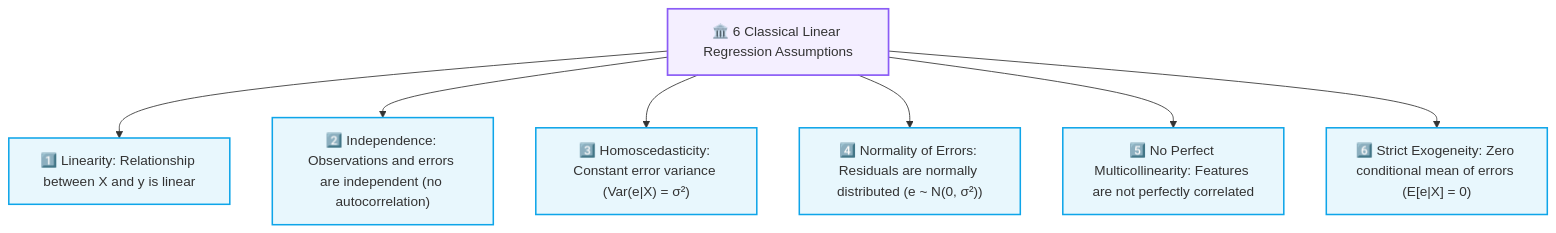
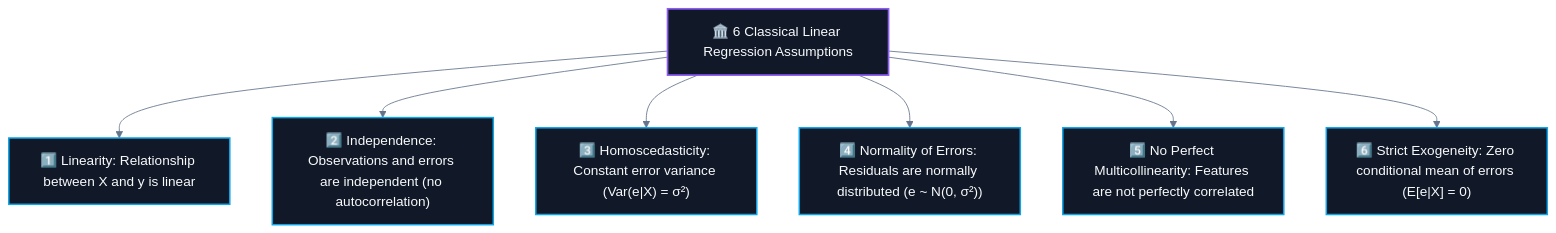
Before and after one commit to abhinavbharti2345/CS_Notes: the third of 3 diagrams in CS/AI & ML/01. Classical ML/06. Linear Regression Assumptions.md, drawn with Mermaid. The commit also changed other lines of this file and 195 other files, not shown here.

````diff
--- a/CS/AI & ML/01. Classical ML/06. Linear Regression Assumptions.md
+++ b/CS/AI & ML/01. Classical ML/06. Linear Regression Assumptions.md
@@ -289,17 +291,18 @@
 ```mermaid
+%%{init: {'theme': 'base', 'themeVariables': { 'darkMode': true, 'background': '#0B0F14', 'mainBkg': '#111827', 'primaryColor': '#111827', 'primaryTextColor': '#F8FAFC', 'primaryBorderColor': '#38BDF8', 'lineColor': '#64748B', 'secondaryColor': '#0B0F14', 'tertiaryColor': '#0B0F14', 'clusterBkg': '#0B0F14', 'clusterBorder': '#38BDF8' }}}%%
 flowchart TD
     Assump["🏛️ 6 Classical Linear Regression Assumptions"]
     
     Assump --> A1["1️⃣ Linearity: Relationship between X and y is linear"]
     Assump --> A2["2️⃣ Independence: Observations and errors are independent (no autocorrelation)"]
     Assump --> A3["3️⃣ Homoscedasticity: Constant error variance (Var(e|X) = σ²)"]
     Assump --> A4["4️⃣ Normality of Errors: Residuals are normally distributed (e ~ N(0, σ²))"]
     Assump --> A5["5️⃣ No Perfect Multicollinearity: Features are not perfectly correlated"]
     Assump --> A6["6️⃣ Strict Exogeneity: Zero conditional mean of errors (E[e|X] = 0)"]
 
-    classDef root fill:#8b5cf618,stroke:#8b5cf6,stroke-width:2px;
-    classDef branch fill:#0ea5e918,stroke:#0ea5e9,stroke-width:1.8px;
+    classDef root fill:#111827,stroke:#8b5cf6,stroke-width:2px,color:#F8FAFC;
+    classDef branch fill:#111827,stroke:#0ea5e9,stroke-width:1.8px,color:#F8FAFC;
 
     class Assump root;
     class A1,A2,A3,A4,A5,A6 branch;
 ```
````
